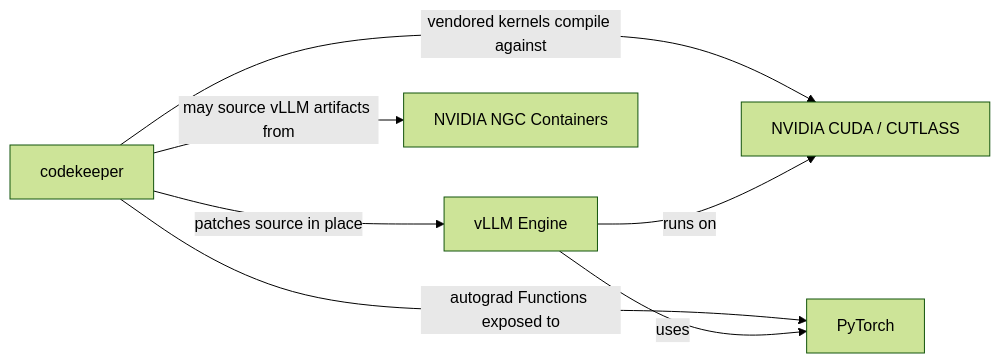
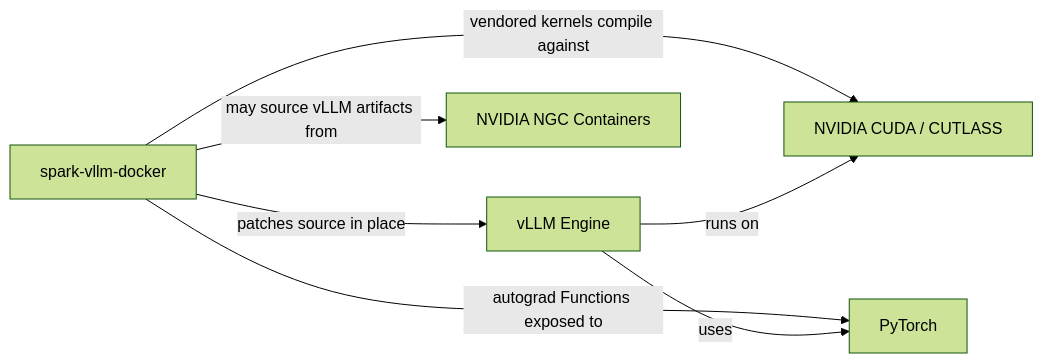
The second of 8 diagrams in deepwiki-rs-docs/1.Overview.md (jpfulton-fultonengineeringservices/spark-vllm-docker), drawn with Mermaid (forest theme) before and after one commit. The commit also changed other lines of this file and 13 other files, not shown here.

First line of the commit message:
Refactor project references from `codekeeper` to `spark-vllm-docker`

````diff
--- a/deepwiki-rs-docs/1.Overview.md
+++ b/deepwiki-rs-docs/1.Overview.md
@@ -207,15 +207,15 @@
 ```mermaid
 graph LR
-    Codekeeper["codekeeper"]
+    spark-vllm-docker["spark-vllm-docker"]
     VLLM["vLLM Engine"]
     CUDA["NVIDIA CUDA / CUTLASS"]
     Torch["PyTorch"]
     NGC["NVIDIA NGC Containers"]
 
-    Codekeeper -->|"patches source in place"| VLLM
-    Codekeeper -->|"vendored kernels compile against"| CUDA
-    Codekeeper -->|"autograd Functions exposed to"| Torch
-    Codekeeper -->|"may source vLLM artifacts from"| NGC
+    spark-vllm-docker -->|"patches source in place"| VLLM
+    spark-vllm-docker -->|"vendored kernels compile against"| CUDA
+    spark-vllm-docker -->|"autograd Functions exposed to"| Torch
+    spark-vllm-docker -->|"may source vLLM artifacts from"| NGC
     VLLM -->|"runs on"| CUDA
     VLLM -->|"uses"| Torch
 ```
````
